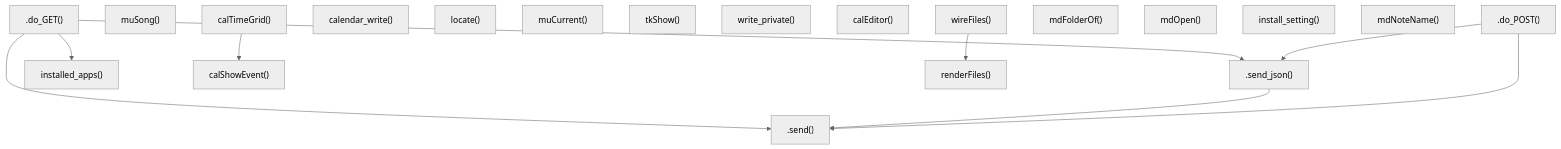
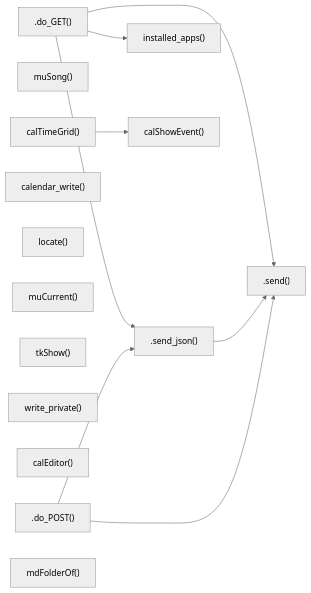
The second of 2 diagrams in CODEMAP.md (spaceadler/adlerOS), drawn with Mermaid (neutral theme) before and after one commit. The commit also changed other lines of this file, not shown here.

````diff
--- a/CODEMAP.md
+++ b/CODEMAP.md
@@ -86,31 +65,25 @@
 ```mermaid
-flowchart TB
+flowchart LR
     n_app_server_handler_do_get[".do_GET()"]
     n_app_server_handler_send_json[".send_json()"]
     n_app_static_music_musong["muSong()"]
     n_app_server_handler_do_post[".do_POST()"]
     n_app_server_calendar_write["calendar_write()"]
     n_app_server_locate["locate()"]
     n_app_static_music_mucurrent["muCurrent()"]
     n_app_static_tasks_tkshow["tkShow()"]
     n_app_server_write_private["write_private()"]
     n_app_server_handler_send[".send()"]
     n_app_server_installed_apps["installed_apps()"]
     n_app_static_calendar_caleditor["calEditor()"]
     n_app_static_calendar_calshowevent["calShowEvent()"]
     n_app_static_calendar_caltimegrid["calTimeGrid()"]
     n_app_static_luna_mdfolderof["mdFolderOf()"]
-    n_app_static_luna_mdopen["mdOpen()"]
-    n_app_server_install_setting["install_setting()"]
-    n_app_static_luna_mdnotename["mdNoteName()"]
-    n_app_static_files_renderfiles["renderFiles()"]
-    n_app_static_files_wirefiles["wireFiles()"]
     n_app_server_handler_do_get --> n_app_server_handler_send
     n_app_server_handler_do_get --> n_app_server_handler_send_json
     n_app_server_handler_do_get --> n_app_server_installed_apps
     n_app_server_handler_send_json --> n_app_server_handler_send
     n_app_server_handler_do_post --> n_app_server_handler_send_json
     n_app_server_handler_do_post --> n_app_server_handler_send
     n_app_static_calendar_caltimegrid --> n_app_static_calendar_calshowevent
-    n_app_static_files_wirefiles --> n_app_static_files_renderfiles
 ```
````
